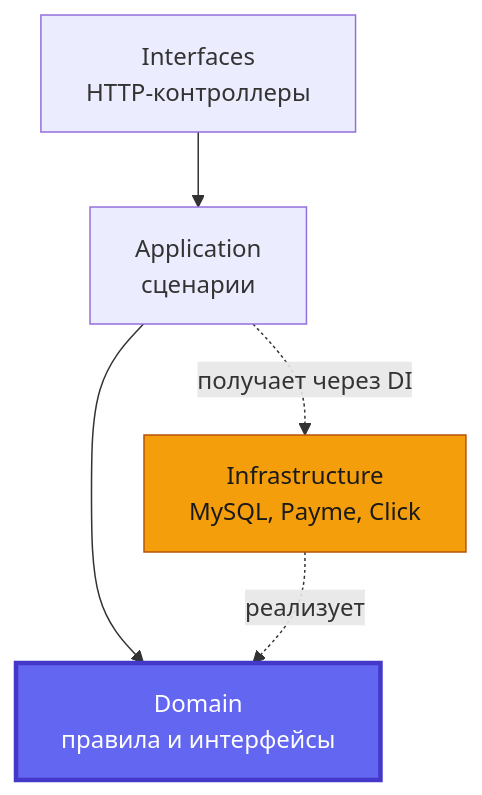
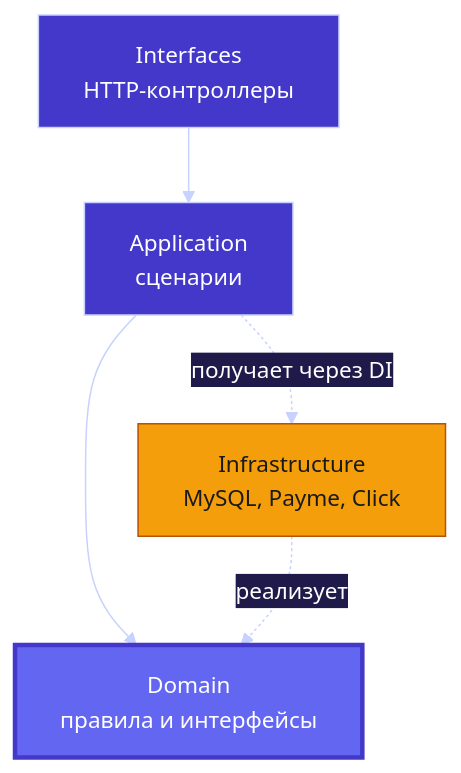
Before and after one commit to Shohruh1997/php-layered-architecture-notes: the diagram in README.md, drawn with Mermaid.

Commit message:
Диаграммы: полный набор переменных темы — читаемые строки ER, видимые стрелки, шрифт

````diff
--- a/README.md
+++ b/README.md
@@ -31,10 +31,11 @@
 ```mermaid
+%%{init: {'theme':'base','themeVariables':{'fontFamily':'ui-sans-serif,-apple-system,BlinkMacSystemFont,Segoe UI,Roboto,Helvetica,Arial,sans-serif','fontSize':'15px','primaryColor':'#4338ca','primaryTextColor':'#ffffff','primaryBorderColor':'#c7d2fe','secondaryColor':'#6d28d9','tertiaryColor':'#312e81','lineColor':'#c7d2fe','textColor':'#ffffff','mainBkg':'#4338ca','nodeBorder':'#c7d2fe','nodeTextColor':'#ffffff','edgeLabelBackground':'#1e1b4b','attributeBackgroundColorOdd':'#4338ca','attributeBackgroundColorEven':'#4f46e5','noteBkgColor':'#fbbf24','noteTextColor':'#1a1a1a','noteBorderColor':'#b45309','clusterBkg':'#1e1b4b','clusterBorder':'#c7d2fe','labelBoxBkgColor':'#4338ca','labelBoxBorderColor':'#c7d2fe','labelTextColor':'#ffffff','actorBkg':'#4338ca','actorBorder':'#c7d2fe','actorTextColor':'#ffffff','actorLineColor':'#c7d2fe','signalColor':'#c7d2fe','signalTextColor':'#ffffff','sequenceNumberColor':'#1a1a1a','activationBkgColor':'#6d28d9','activationBorderColor':'#c7d2fe','transitionColor':'#c7d2fe','transitionLabelColor':'#ffffff','stateBkg':'#4338ca','stateLabelColor':'#ffffff','altBackground':'#312e81','compositeBackground':'#1e1b4b','compositeBorder':'#c7d2fe','compositeTitleBackground':'#312e81','specialStateColor':'#c7d2fe','innerEndBackground':'#c7d2fe','cScale0':'#4338ca'}}}%%
 flowchart TD
     I[Interfaces<br/>HTTP-контроллеры] --> A[Application<br/>сценарии]
     A --> D[Domain<br/>правила и интерфейсы]
     INF[Infrastructure<br/>MySQL, Payme, Click] -.реализует.-> D
     A -.получает через DI.-> INF
 
     style D fill:#6366f1,stroke:#4338ca,stroke-width:3px,color:#ffffff
     style INF fill:#f59e0b,stroke:#b45309,color:#1a1a1a
 ```
````
